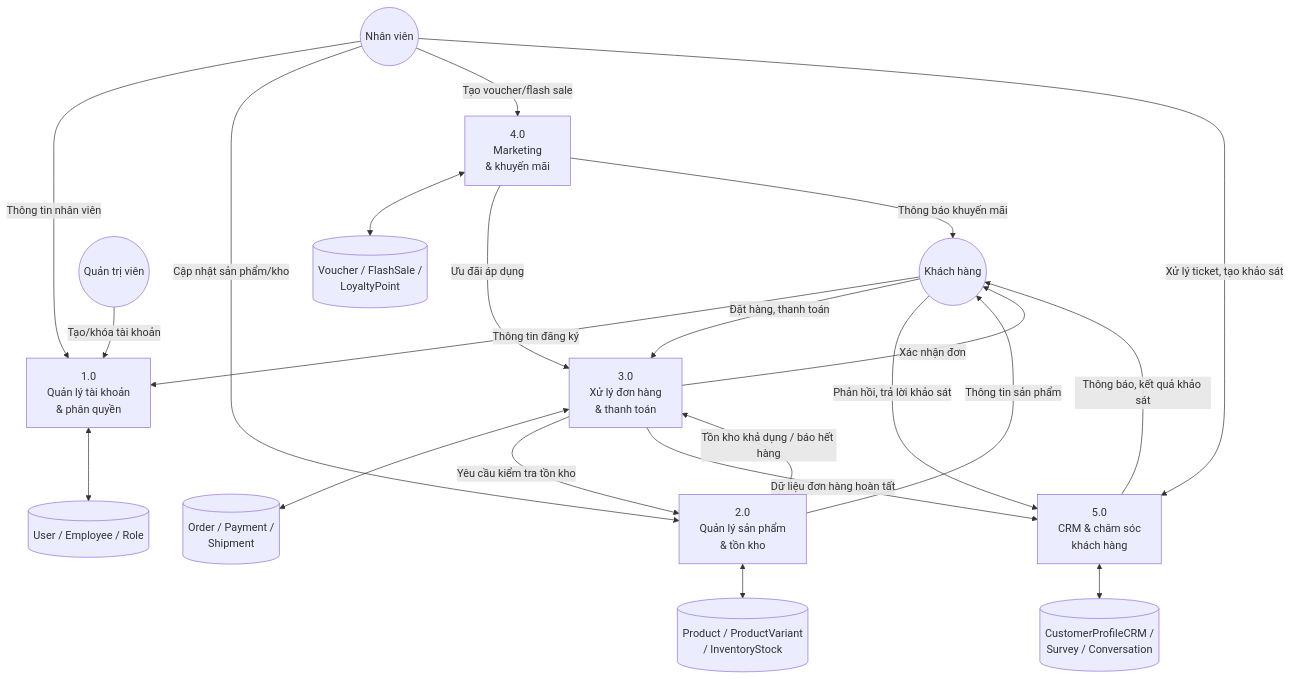
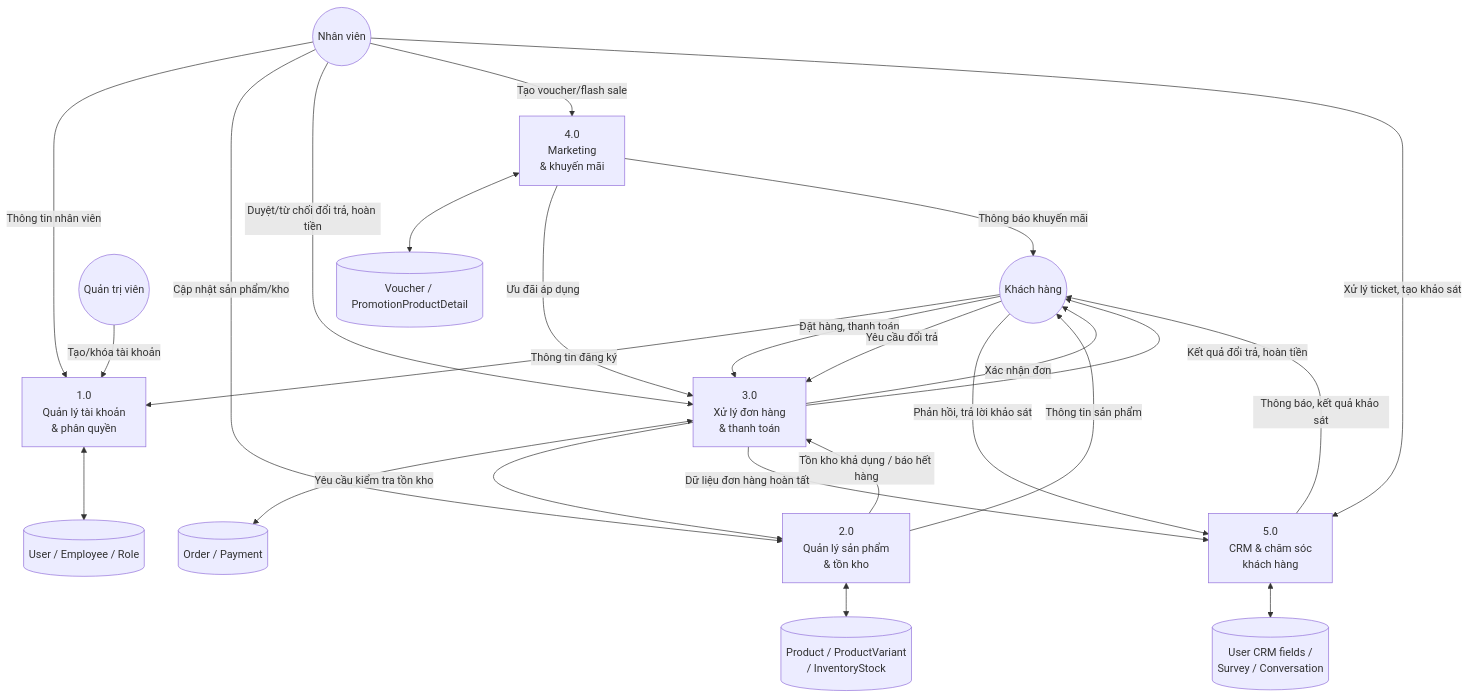
One commit to KhanhChung2k5/Shopee changed the fourth of 11 diagrams in docs/project-overview.md. Above: the diagram before and after it, drawn with Mermaid. The commit also changed other lines of this file and 1 other file, not shown here.

Commit message:
update db diagram v2

````diff
--- a/docs/project-overview.md
+++ b/docs/project-overview.md
@@ -144,44 +144,47 @@
 ```mermaid
 graph TD
     KH((Khách hàng))
     NV((Nhân viên))
     ADMIN((Quản trị viên))
 
     P1["1.0<br/>Quản lý tài khoản<br/>& phân quyền"]
     P2["2.0<br/>Quản lý sản phẩm<br/>& tồn kho"]
     P3["3.0<br/>Xử lý đơn hàng<br/>& thanh toán"]
     P4["4.0<br/>Marketing<br/>& khuyến mãi"]
     P5["5.0<br/>CRM & chăm sóc<br/>khách hàng"]
 
     D1[(User / Employee / Role)]
     D2[(Product / ProductVariant<br/>/ InventoryStock)]
-    D3[(Order / Payment /<br/>Shipment)]
-    D4[(Voucher / FlashSale /<br/>LoyaltyPoint)]
-    D5[(CustomerProfileCRM /<br/>Survey / Conversation)]
+    D3[(Order / Payment)]
+    D4[(Voucher / PromotionProductDetail)]
+    D5[(User CRM fields /<br/>Survey / Conversation)]
 
     KH -- "Thông tin đăng ký" --> P1
     P1 <--> D1
     ADMIN -- "Tạo/khóa tài khoản" --> P1
     NV -- "Thông tin nhân viên" --> P1
 
     NV -- "Cập nhật sản phẩm/kho" --> P2
     P2 <--> D2
     P2 -- "Thông tin sản phẩm" --> KH
 
     KH -- "Đặt hàng, thanh toán" --> P3
     P3 <--> D3
     P3 -- "Yêu cầu kiểm tra tồn kho" --> P2
     P2 -- "Tồn kho khả dụng / báo hết hàng" --> P3
     P3 -- "Xác nhận đơn" --> KH
+    KH -- "Yêu cầu đổi trả" --> P3
+    NV -- "Duyệt/từ chối đổi trả, hoàn tiền" --> P3
+    P3 -- "Kết quả đổi trả, hoàn tiền" --> KH
 
     NV -- "Tạo voucher/flash sale" --> P4
     P4 <--> D4
     P4 -- "Ưu đãi áp dụng" --> P3
     P4 -- "Thông báo khuyến mãi" --> KH
 
     P3 -- "Dữ liệu đơn hàng hoàn tất" --> P5
     KH -- "Phản hồi, trả lời khảo sát" --> P5
     P5 <--> D5
     NV -- "Xử lý ticket, tạo khảo sát" --> P5
     P5 -- "Thông báo, kết quả khảo sát" --> KH
 ```
````
